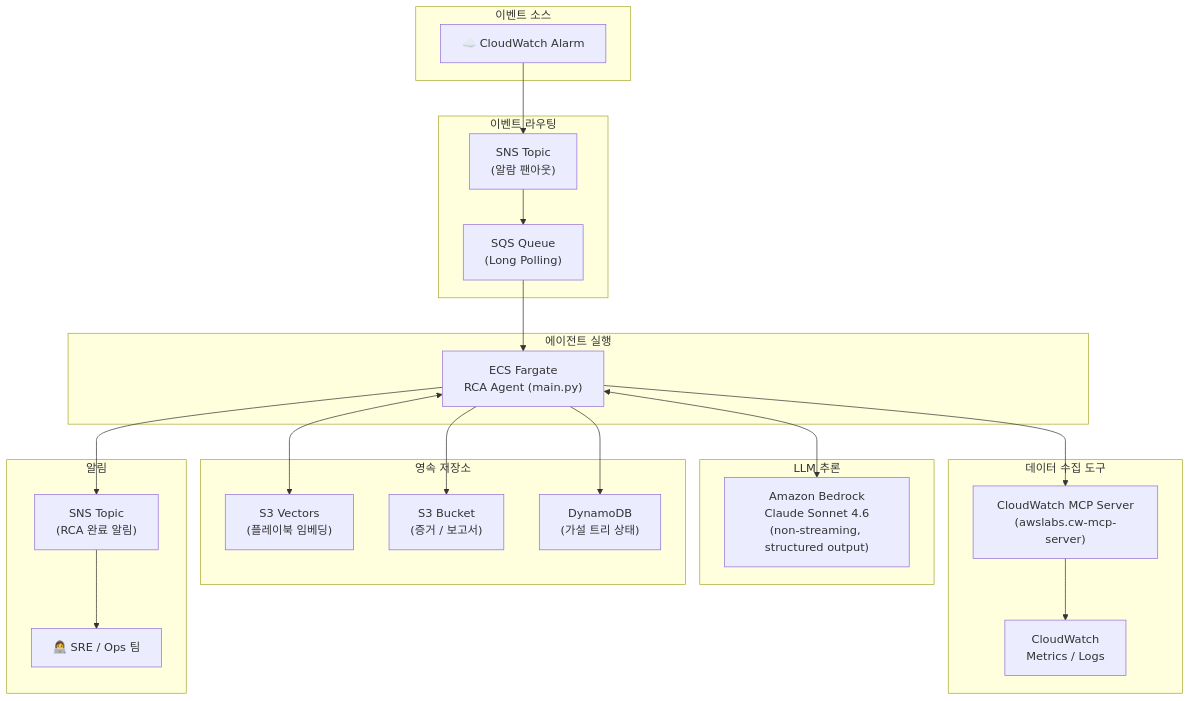
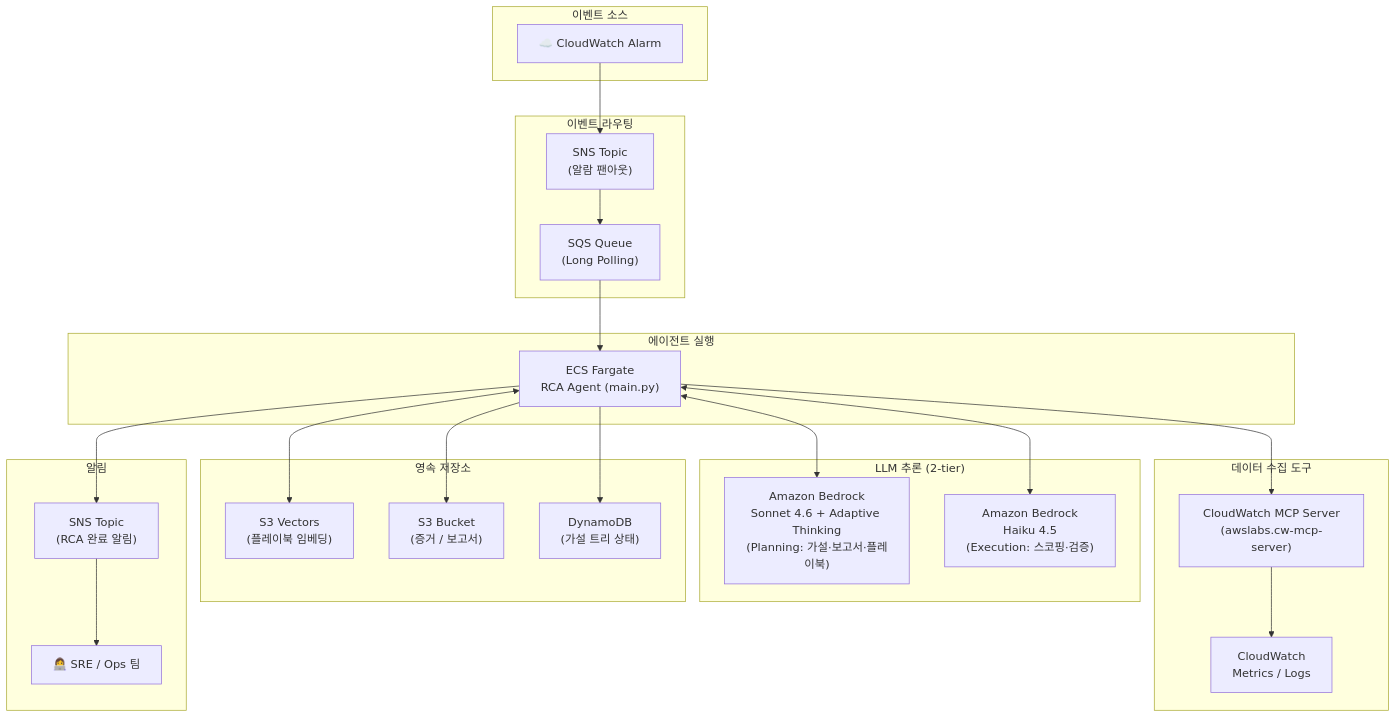
One commit to haandol/rca-agent changed the first of 3 diagrams in AGENTS.md. Above: the diagram before and after it, drawn with Mermaid. The commit also changed other lines of this file and 3 other files, not shown here.

````diff
--- a/AGENTS.md
+++ b/AGENTS.md
@@ -74,43 +72,45 @@
 ```mermaid
 graph TB
     subgraph EventSource["이벤트 소스"]
         CW_ALARM["☁️ CloudWatch Alarm"]
     end
 
     subgraph Messaging["이벤트 라우팅"]
         SNS_IN["SNS Topic<br/>(알람 팬아웃)"]
         SQS["SQS Queue<br/>(Long Polling)"]
     end
 
     subgraph Compute["에이전트 실행"]
         ECS["ECS Fargate<br/>RCA Agent (main.py)"]
     end
 
-    subgraph LLM["LLM 추론"]
-        BEDROCK["Amazon Bedrock<br/>Claude Sonnet 4.6<br/>(non-streaming, structured output)"]
+    subgraph LLM["LLM 추론 (2-tier)"]
+        BEDROCK_PLAN["Amazon Bedrock<br/>Sonnet 4.6 + Adaptive Thinking<br/>(Planning: 가설·보고서·플레이북)"]
+        BEDROCK_EXEC["Amazon Bedrock<br/>Haiku 4.5<br/>(Execution: 스코핑·검증)"]
     end
 
     subgraph DataTools["데이터 수집 도구"]
         CW_MCP["CloudWatch MCP Server<br/>(awslabs.cw-mcp-server)"]
         CW_API["CloudWatch<br/>Metrics / Logs"]
     end
 
     subgraph Storage["영속 저장소"]
         S3_VECTORS["S3 Vectors<br/>(플레이북 임베딩)"]
         S3["S3 Bucket<br/>(증거 / 보고서)"]
         DDB["DynamoDB<br/>(가설 트리 상태)"]
     end
 
     subgraph Notification["알림"]
         SNS_OUT["SNS Topic<br/>(RCA 완료 알림)"]
         SRE["👩‍💻 SRE / Ops 팀"]
     end
 
     CW_ALARM --> SNS_IN --> SQS --> ECS
-    ECS <--> BEDROCK
+    ECS <--> BEDROCK_PLAN
+    ECS <--> BEDROCK_EXEC
     ECS --> CW_MCP --> CW_API
     ECS <--> S3_VECTORS
     ECS --> S3
     ECS --> DDB
     ECS --> SNS_OUT --> SRE
 ```
````
